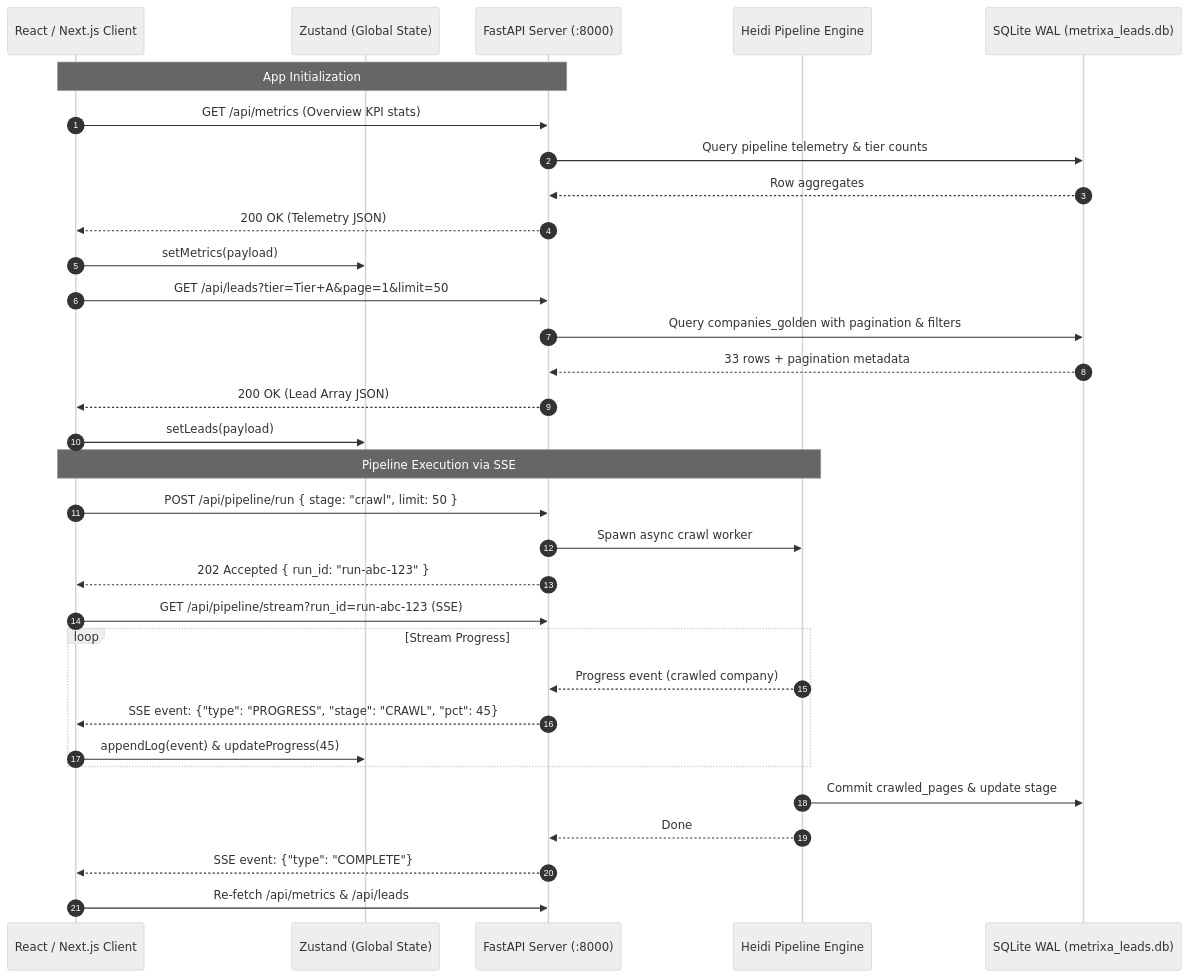
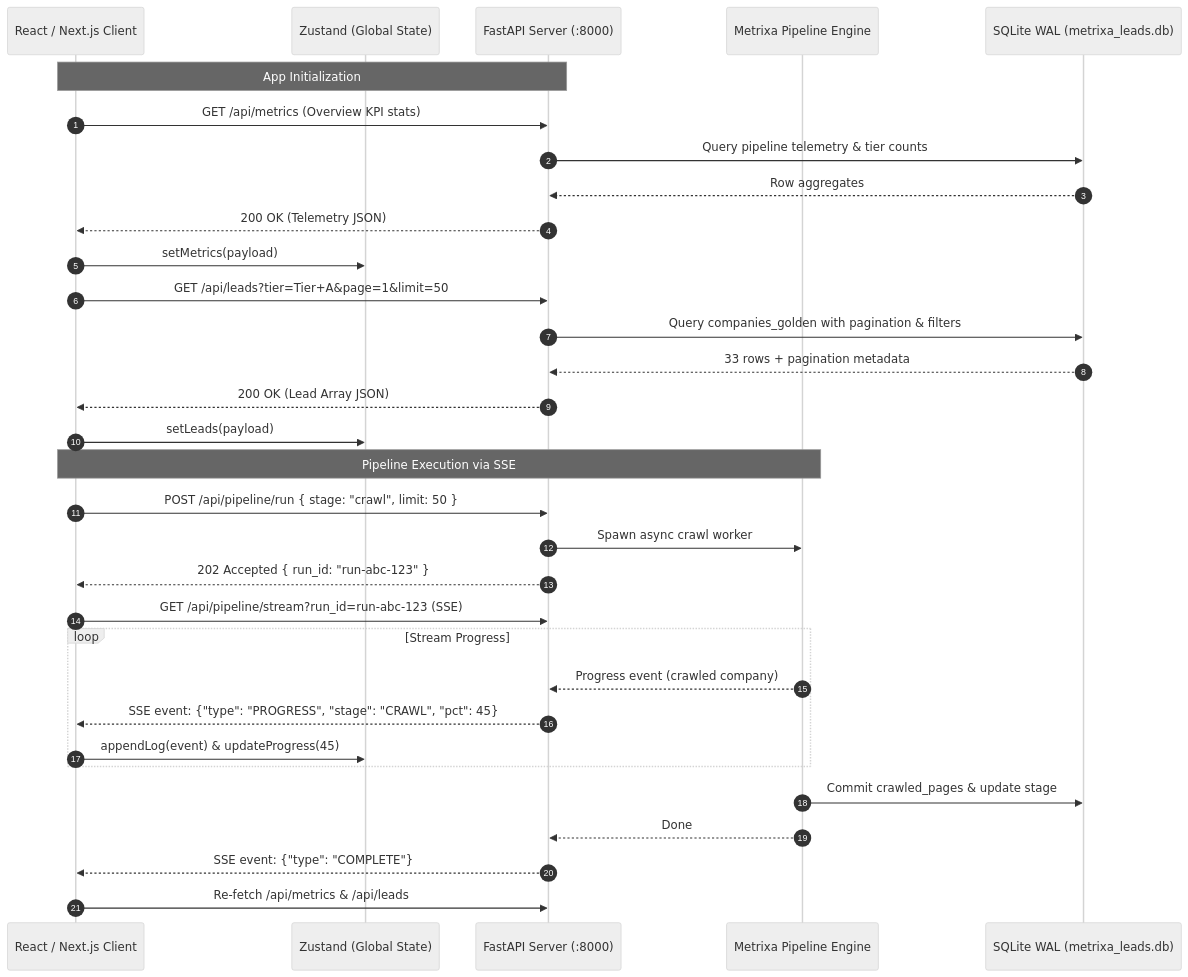
The diagram in docs/Web Plan/04_DATA_FLOW_API_CONTRACTS_AND_STATE_MANAGEMENT.md (sainibhaowal/Metrixa-Systems), drawn with Mermaid (neutral theme) before and after one commit. The commit also changed other lines of this file and 98 other files, not shown here.

Commit message:
refactor: rename engine to metrixa_engine, update architecture diagram and purge legacy references

````diff
--- a/docs/Web Plan/04_DATA_FLOW_API_CONTRACTS_AND_STATE_MANAGEMENT.md
+++ b/docs/Web Plan/04_DATA_FLOW_API_CONTRACTS_AND_STATE_MANAGEMENT.md
@@ -11,39 +11,39 @@
 ```mermaid
 sequenceDiagram
     autonumber
     participant UI as React / Next.js Client
     participant Store as Zustand (Global State)
     participant API as FastAPI Server (:8000)
-    participant Engine as Heidi Pipeline Engine
+    participant Engine as Metrixa Pipeline Engine
     participant DB as SQLite WAL (metrixa_leads.db)
 
     Note over UI,API: App Initialization
     UI->>API: GET /api/metrics (Overview KPI stats)
     API->>DB: Query pipeline telemetry & tier counts
     DB-->>API: Row aggregates
     API-->>UI: 200 OK (Telemetry JSON)
     UI->>Store: setMetrics(payload)
 
     UI->>API: GET /api/leads?tier=Tier+A&page=1&limit=50
     API->>DB: Query companies_golden with pagination & filters
     DB-->>API: 33 rows + pagination metadata
     API-->>UI: 200 OK (Lead Array JSON)
     UI->>Store: setLeads(payload)
 
     Note over UI,Engine: Pipeline Execution via SSE
     UI->>API: POST /api/pipeline/run { stage: "crawl", limit: 50 }
     API->>Engine: Spawn async crawl worker
     API-->>UI: 202 Accepted { run_id: "run-abc-123" }
     UI->>API: GET /api/pipeline/stream?run_id=run-abc-123 (SSE)
 
     loop Stream Progress
         Engine-->>API: Progress event (crawled company)
         API-->>UI: SSE event: {"type": "PROGRESS", "stage": "CRAWL", "pct": 45}
         UI->>Store: appendLog(event) & updateProgress(45)
     end
 
     Engine->>DB: Commit crawled_pages & update stage
     Engine-->>API: Done
     API-->>UI: SSE event: {"type": "COMPLETE"}
     UI->>API: Re-fetch /api/metrics & /api/leads
 ```
````
